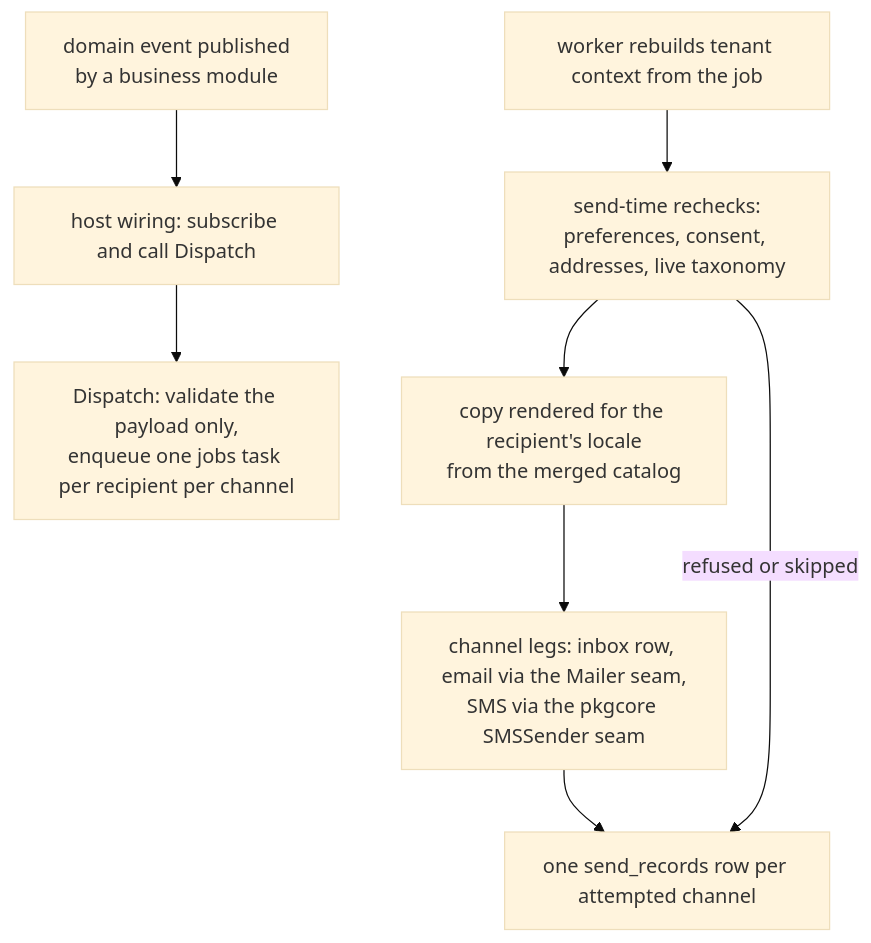
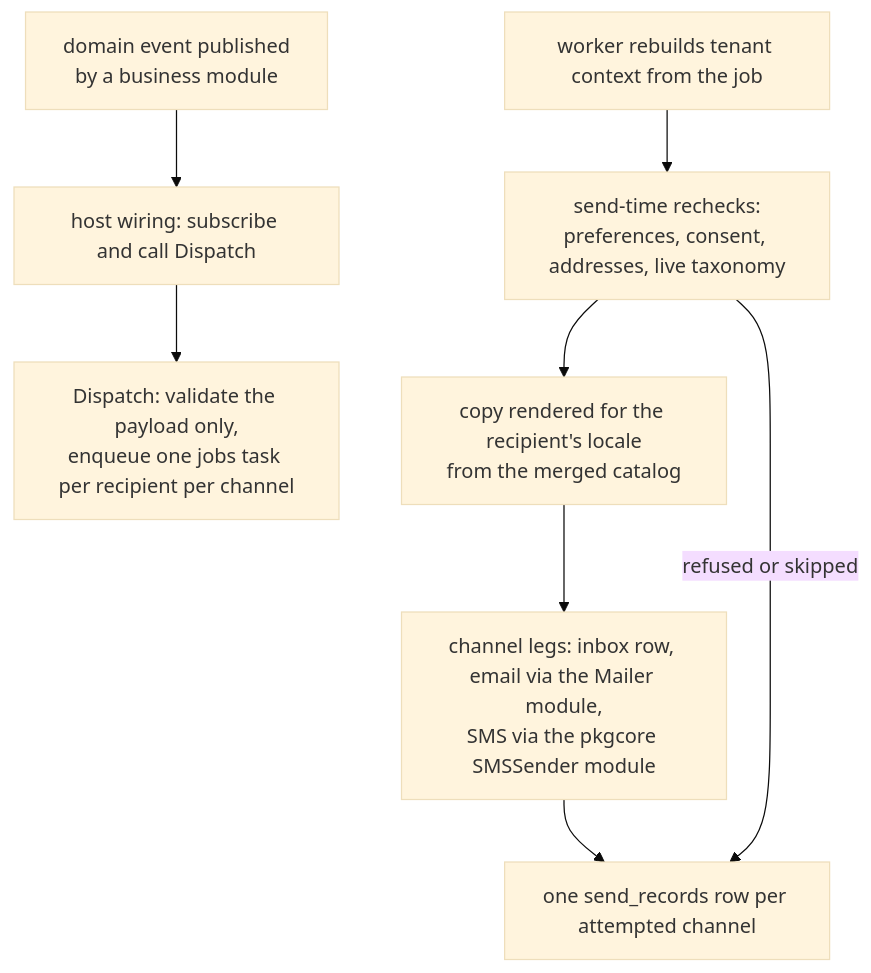
The second of 2 diagrams in docs/site/content.en/docs/developer-docs/modules/services/notification.md (vislake/speed), drawn with Mermaid (base theme) before and after one commit. The commit also changed other lines of this file and 71 other files, not shown here.

First line of the commit message:
docs(site): rewrite the English seam wording as module/component

````diff
--- a/docs/site/content.en/docs/developer-docs/modules/services/notification.md
+++ b/docs/site/content.en/docs/developer-docs/modules/services/notification.md
@@ -143,13 +143,13 @@
 ```mermaid
 flowchart TD
     Ev["domain event published<br/>by a business module"]
     H["host wiring: subscribe and call Dispatch"]
     D["Dispatch: validate the payload only,<br/>enqueue one jobs task per recipient per channel"]
     W["worker rebuilds tenant context from the job"]
     W --> R["send-time rechecks:<br/>preferences, consent, addresses, live taxonomy"]
     R --> X["copy rendered for the recipient's locale<br/>from the merged catalog"]
-    X --> C["channel legs: inbox row, email via the Mailer seam,<br/>SMS via the pkgcore SMSSender seam"]
+    X --> C["channel legs: inbox row, email via the Mailer module,<br/>SMS via the pkgcore SMSSender module"]
     C --> S["one send_records row per attempted channel"]
     Ev --> H --> D
     R -->|"refused or skipped"| S
 ```
````
